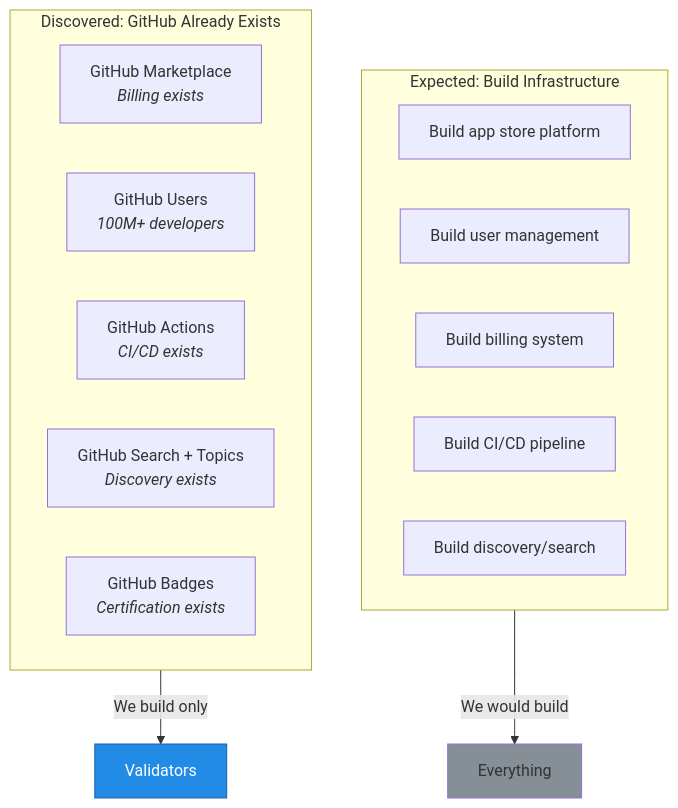
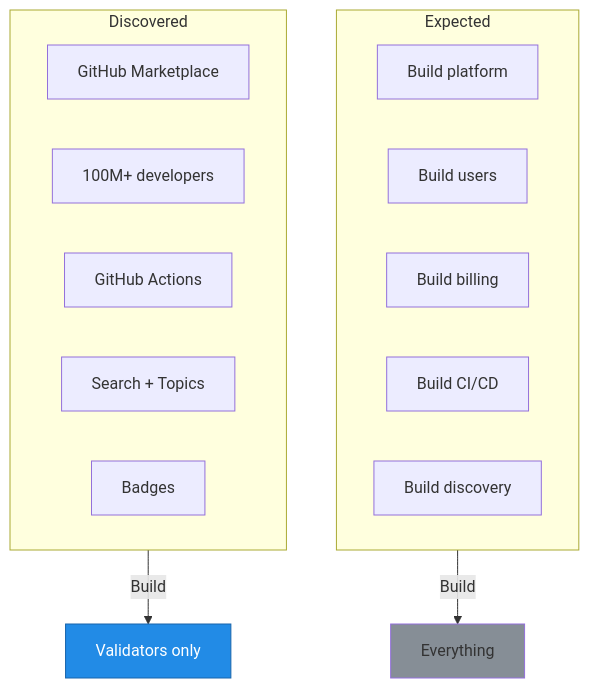
One commit to canonic-machine/paper changed the sixth of 7 diagrams in manuscript.md. Above: the diagram before and after it, drawn with Mermaid. The commit also changed other lines of this file and 242 other files, not shown here.

````diff
--- a/manuscript.md
+++ b/manuscript.md
@@ -592,24 +474,24 @@
 ```mermaid
 flowchart TB
-    subgraph Expected["Expected: Build Infrastructure"]
-        E1["Build app store platform"]
-        E2["Build user management"]
-        E3["Build billing system"]
-        E4["Build CI/CD pipeline"]
-        E5["Build discovery/search"]
+    subgraph Expected["Expected"]
+        E1["Build platform"]
+        E2["Build users"]
+        E3["Build billing"]
+        E4["Build CI/CD"]
+        E5["Build discovery"]
     end
 
-    subgraph Discovered["Discovered: GitHub Already Exists"]
-        D1["GitHub Marketplace<br/><i>Billing exists</i>"]
-        D2["GitHub Users<br/><i>100M+ developers</i>"]
-        D3["GitHub Actions<br/><i>CI/CD exists</i>"]
-        D4["GitHub Search + Topics<br/><i>Discovery exists</i>"]
-        D5["GitHub Badges<br/><i>Certification exists</i>"]
+    subgraph Discovered["Discovered"]
+        D1["GitHub Marketplace"]
+        D2["100M+ developers"]
+        D3["GitHub Actions"]
+        D4["Search + Topics"]
+        D5["Badges"]
     end
 
-    Expected -->|"We would build"| Build["Everything"]
-    Discovered -->|"We build only"| VaaS["Validators"]
+    Expected -->|"Build"| Build["Everything"]
+    Discovered -->|"Build"| VaaS["Validators only"]
 
     style VaaS fill:#228be6,stroke:#1864ab,color:white
     style Build fill:#868e96
 ```
````
